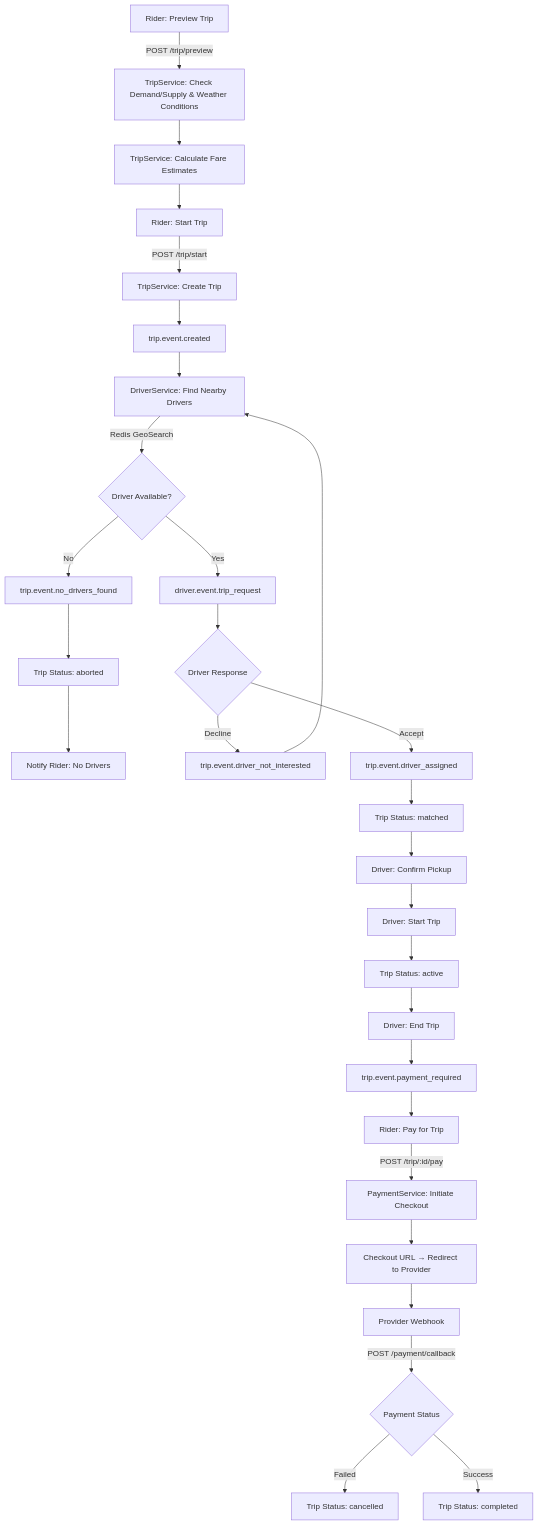
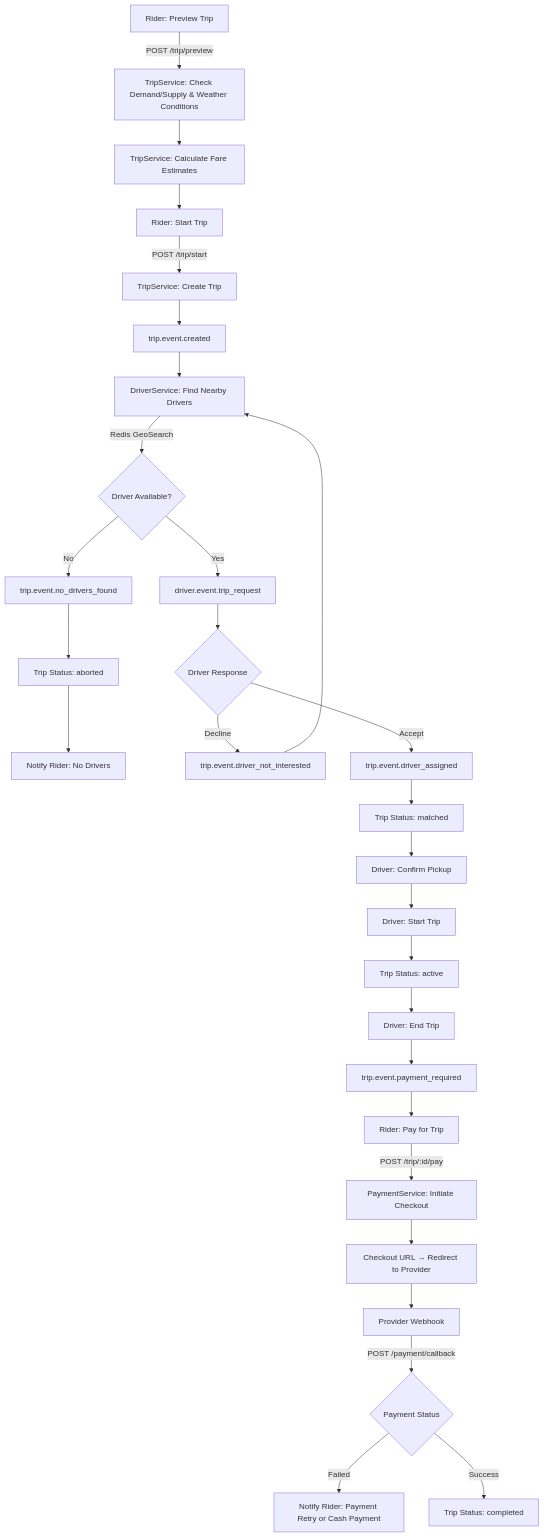
One commit to xerdin442/wayfare changed the diagram in README.md. Above: the diagram before and after it, drawn with Mermaid.

Commit message:
fix: update trip lifecycle chart

````diff
--- a/README.md
+++ b/README.md
@@ -137,31 +137,31 @@
 ```mermaid
 flowchart TD
     A[Rider: Preview Trip] -->|POST /trip/preview| B[TripService: Check Demand/Supply & Weather Conditions]
     B --> C[TripService: Calculate Fare Estimates]
     C --> D[Rider: Start Trip]
     D -->|POST /trip/start| E[TripService: Create Trip]
     E --> F[trip.event.created]
     F --> G[DriverService: Find Nearby Drivers]
     G -->|Redis GeoSearch| H{Driver Available?}
     H -->|No| I[trip.event.no_drivers_found]
     I --> J[Trip Status: aborted]
     J --> K[Notify Rider: No Drivers]
     H -->|Yes| L[driver.event.trip_request]
     L --> M{Driver Response}
     M -->|Decline| N[trip.event.driver_not_interested]
     N --> G
     M -->|Accept| O[trip.event.driver_assigned]
     O --> P[Trip Status: matched]
     P --> Q[Driver: Confirm Pickup]
     Q --> R[Driver: Start Trip]
     R --> S[Trip Status: active]
     S --> T[Driver: End Trip]
     T --> U[trip.event.payment_required]
     U --> V[Rider: Pay for Trip]
     V -->|POST /trip/:id/pay| W[PaymentService: Initiate Checkout]
     W --> X[Checkout URL → Redirect to Provider]
     X --> Y[Provider Webhook]
     Y -->|POST /payment/callback| Z{Payment Status}
-    Z -->|Failed| AA[Trip Status: cancelled]
+    Z -->|Failed| AA[Notify Rider: Payment Retry or Cash Payment]
     Z -->|Success| AB[Trip Status: completed]
 ```
````
